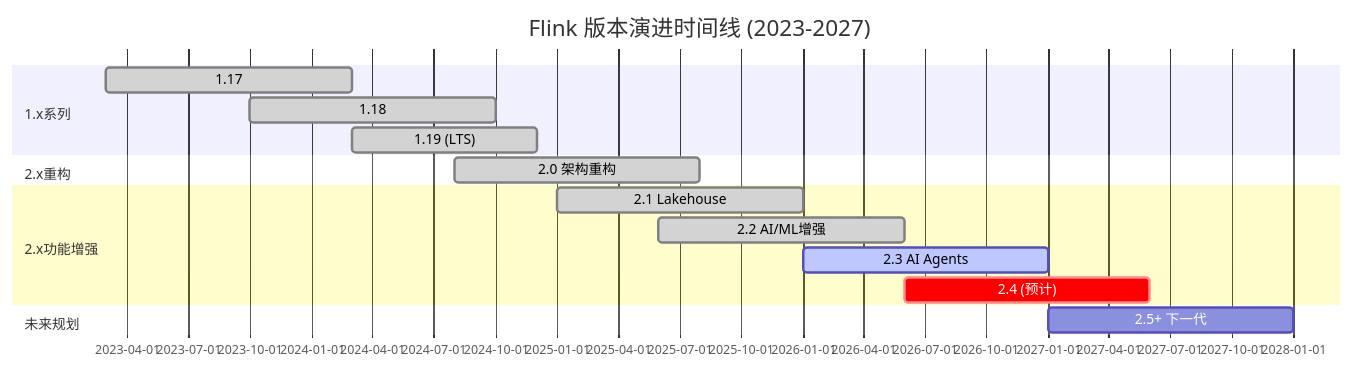
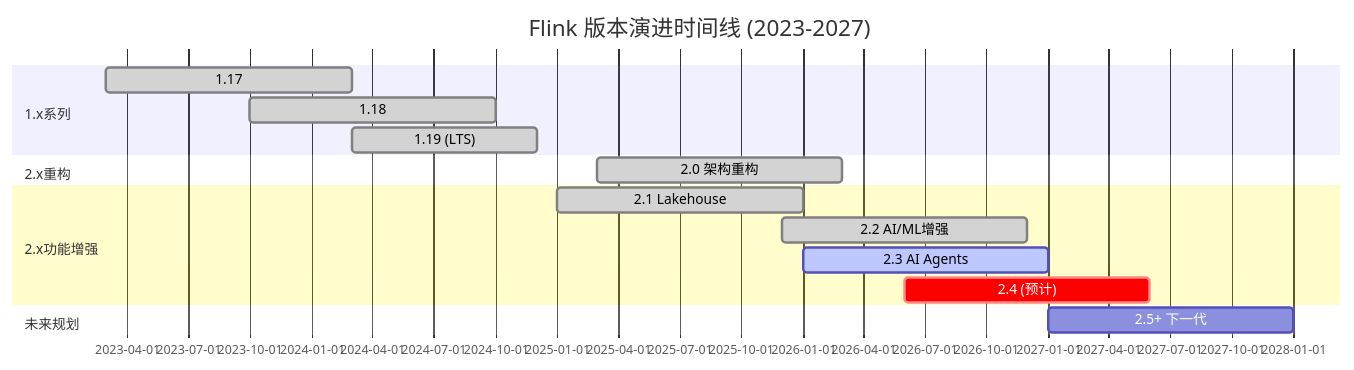
The first of 4 diagrams in Flink/08-roadmap/08.01-flink-24/flink-version-evolution-complete-guide.md (AdaMartin18010/AnalysisDataFlow), drawn with Mermaid before and after one commit. The commit also changed other lines of this file and 44 other files, not shown here.

````diff
--- a/Flink/08-roadmap/08.01-flink-24/flink-version-evolution-complete-guide.md
+++ b/Flink/08-roadmap/08.01-flink-24/flink-version-evolution-complete-guide.md
@@ -1090,21 +1091,21 @@
 ```mermaid
 gantt
     title Flink 版本演进时间线 (2023-2027)
     dateFormat YYYY-MM
     section 1.x系列
     1.17           :done, 1_17, 2023-03, 2024-03
     1.18           :done, 1_18, 2023-10, 2024-10
     1.19 (LTS)     :done, 1_19, 2024-03, 2024-12
 
     section 2.x重构
-    2.0 架构重构    :done, 2_0, 2024-08, 2025-08
+    2.0 架构重构    :done, 2_0, 2025-03, 2026-03
 
     section 2.x功能增强
     2.1 Lakehouse   :done, 2_1, 2025-01, 2026-01
-    2.2 AI/ML增强   :done, 2_2, 2025-06, 2026-06
+    2.2 AI/ML增强   :done, 2_2, 2025-12, 2026-12
     2.3 AI Agents   :active, 2_3, 2026-01, 2027-01
     2.4 (预计)      :crit, 2_4, 2026-06, 2027-06
 
     section 未来规划
     2.5+ 下一代     :2_5, 2027-01, 2028-01
 ```
````
